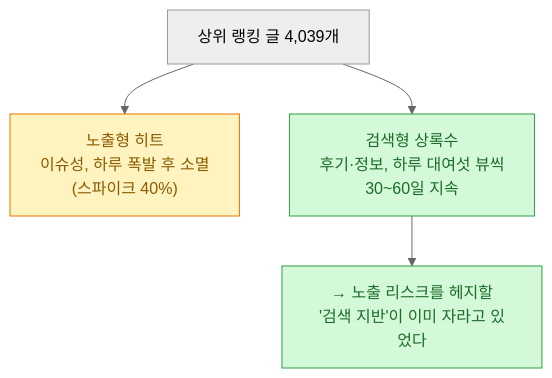
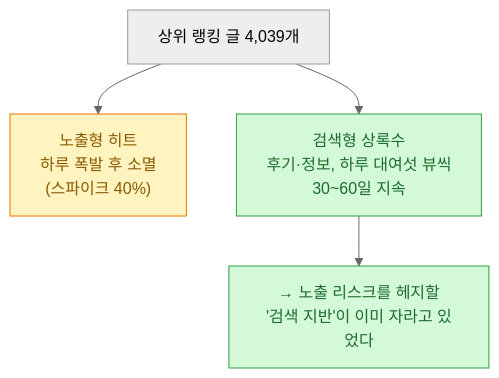
Before and after one commit to DBhyeong/DBhyeong.github.io: diagram 11 of 11 in content/blog/naver-blog-packet-analysis-data-driven-insights.md, drawn with Mermaid (neutral theme). The commit also changed other lines of this file, not shown here.

````diff
--- a/content/blog/naver-blog-packet-analysis-data-driven-insights.md
+++ b/content/blog/naver-blog-packet-analysis-data-driven-insights.md
@@ -306,10 +306,10 @@
 ```mermaid
 flowchart TD
-    C["상위 랭킹 글 4,039개"] --> H["노출형 히트<br/>이슈성, 하루 폭발 후 소멸<br/>(스파이크 40%)"]
+    C["상위 랭킹 글 4,039개"] --> H["노출형 히트<br/>하루 폭발 후 소멸<br/>(스파이크 40%)"]
     C --> L["검색형 상록수<br/>후기·정보, 하루 대여섯 뷰씩<br/>30~60일 지속"]
     L --> INSIGHT["→ 노출 리스크를 헤지할<br/>'검색 지반'이 이미 자라고 있었다"]
     classDef y fill:#fff3bf,stroke:#e67700,color:#8a5a00;
     classDef g fill:#d3f9d8,stroke:#2f9e44,color:#1d6b2c;
     class H y;
     class L,INSIGHT g;
 ```
````
